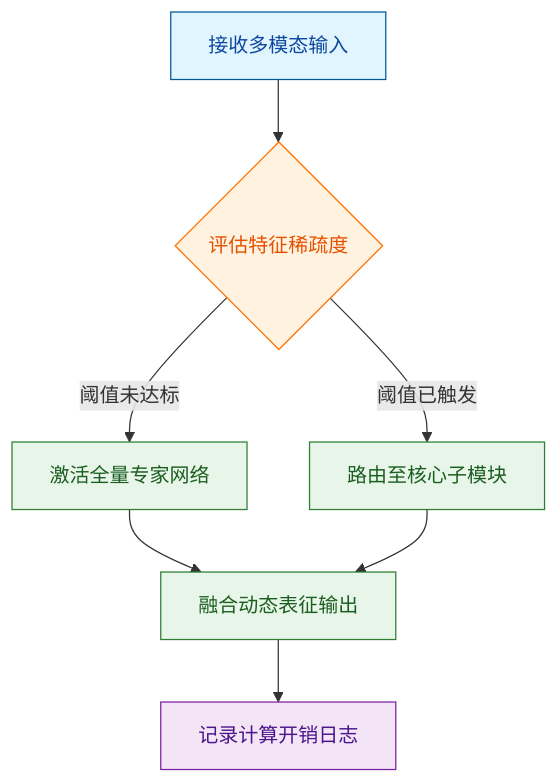
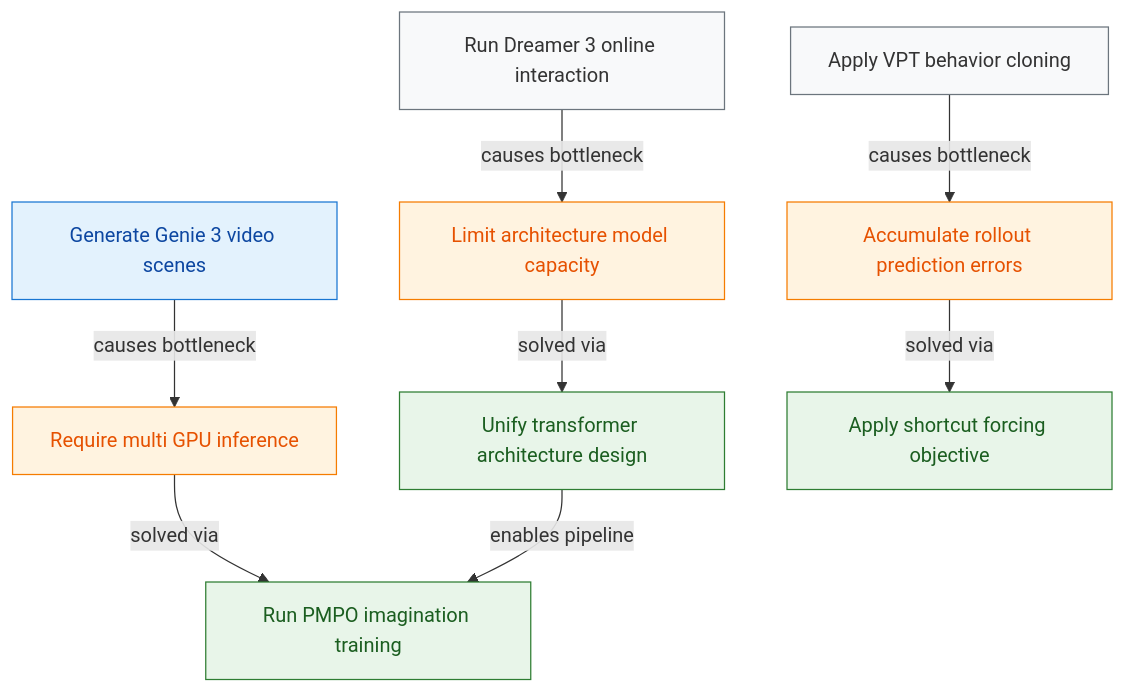
Before and after one commit to ShinewineW/paper-rolling: the tenth of 10 diagrams in person_vault/2026-06-12_TrainingAgentsInsideOfScalableWorldModel_2509.24527/report.md, drawn with Mermaid. The commit also changed other lines of this file and 51 other files, not shown here.

````diff
--- a/person_vault/2026-06-12_TrainingAgentsInsideOfScalableWorldModel_2509.24527/report.md
+++ b/person_vault/2026-06-12_TrainingAgentsInsideOfScalableWorldModel_2509.24527/report.md
@@ -474,21 +670,27 @@
 ```mermaid
 flowchart TD
-    classDef start fill:#e1f5fe,color:#0d47a1,stroke:#01579b
-    classDef decision fill:#fff3e0,color:#e65100,stroke:#ff6f00
-    classDef process fill:#e8f5e9,color:#1b5e20,stroke:#2e7d32
-    classDef data fill:#f3e5f5,color:#4a148c,stroke:#7b1fa2
+    classDef legacy fill:#f8f9fa,stroke:#6c757d,color:#333;
+    classDef video fill:#e3f2fd,stroke:#1976d2,color:#0d47a1;
+    classDef dreamer4 fill:#e8f5e9,stroke:#2e7d32,color:#1b5e20;
+    classDef bottleneck fill:#fff3e0,stroke:#f57c00,color:#e65100;
 
-    input_stream["接收多模态输入"]:::start
-    compute_gate{评估特征稀疏度}:::decision
-    route_dense["激活全量专家网络"]:::process
-    route_sparse["路由至核心子模块"]:::process
-    merge_output["融合动态表征输出"]:::process
-    feedback_loop["记录计算开销日志"]:::data
+    d3_online["Run Dreamer 3 online interaction"]:::legacy
+    vpt_bc["Apply VPT behavior cloning"]:::legacy
+    genie_video["Generate Genie 3 video scenes"]:::video
 
-    input_stream --> compute_gate
-    compute_gate -->|阈值未达标| route_dense
-    compute_gate -->|阈值已触发| route_sparse
-    route_dense --> merge_output
-    route_sparse --> merge_output
-    merge_output --> feedback_loop
+    err_accum["Accumulate rollout prediction errors"]:::bottleneck
+    cap_limit["Limit architecture model capacity"]:::bottleneck
+    slow_infer["Require multi GPU inference"]:::bottleneck
+
+    uni_transformer["Unify transformer architecture design"]:::dreamer4
+    short_forcing["Apply shortcut forcing objective"]:::dreamer4
+    imag_train["Run PMPO imagination training"]:::dreamer4
+
+    d3_online -->|causes bottleneck| cap_limit
+    vpt_bc -->|causes bottleneck| err_accum
+    genie_video -->|causes bottleneck| slow_infer
+    cap_limit -->|solved via| uni_transformer
+    err_accum -->|solved via| short_forcing
+    slow_infer -->|solved via| imag_train
+    uni_transformer -->|enables pipeline| imag_train
 ```
````
